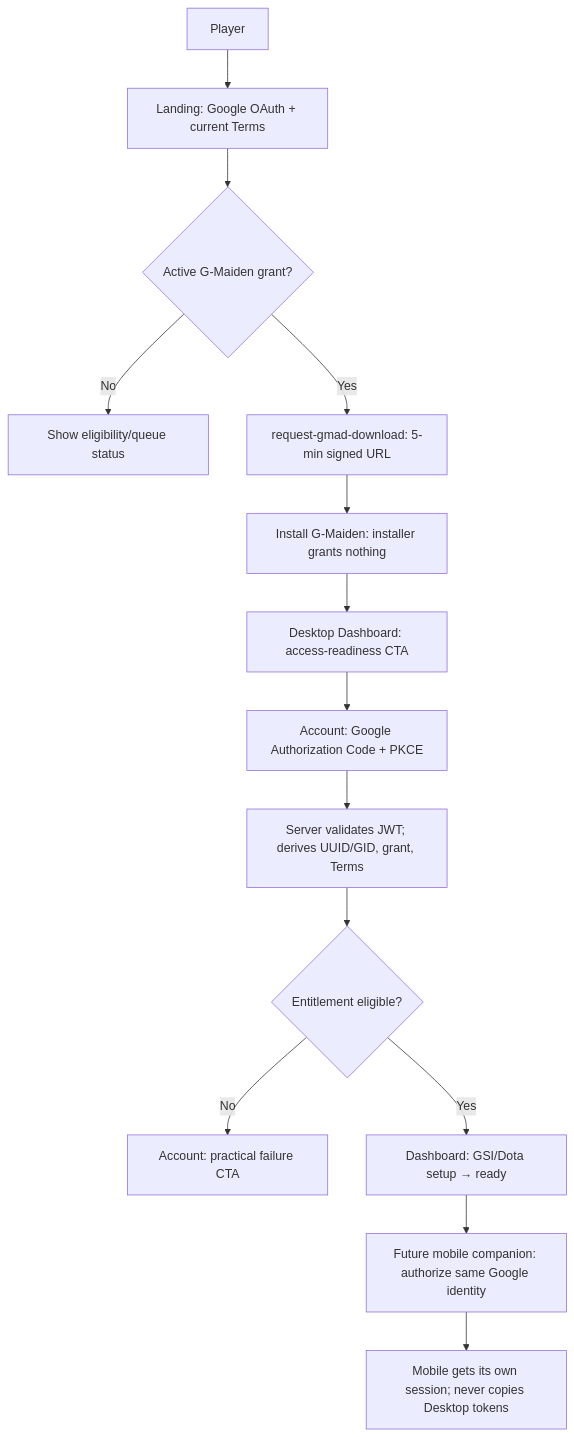
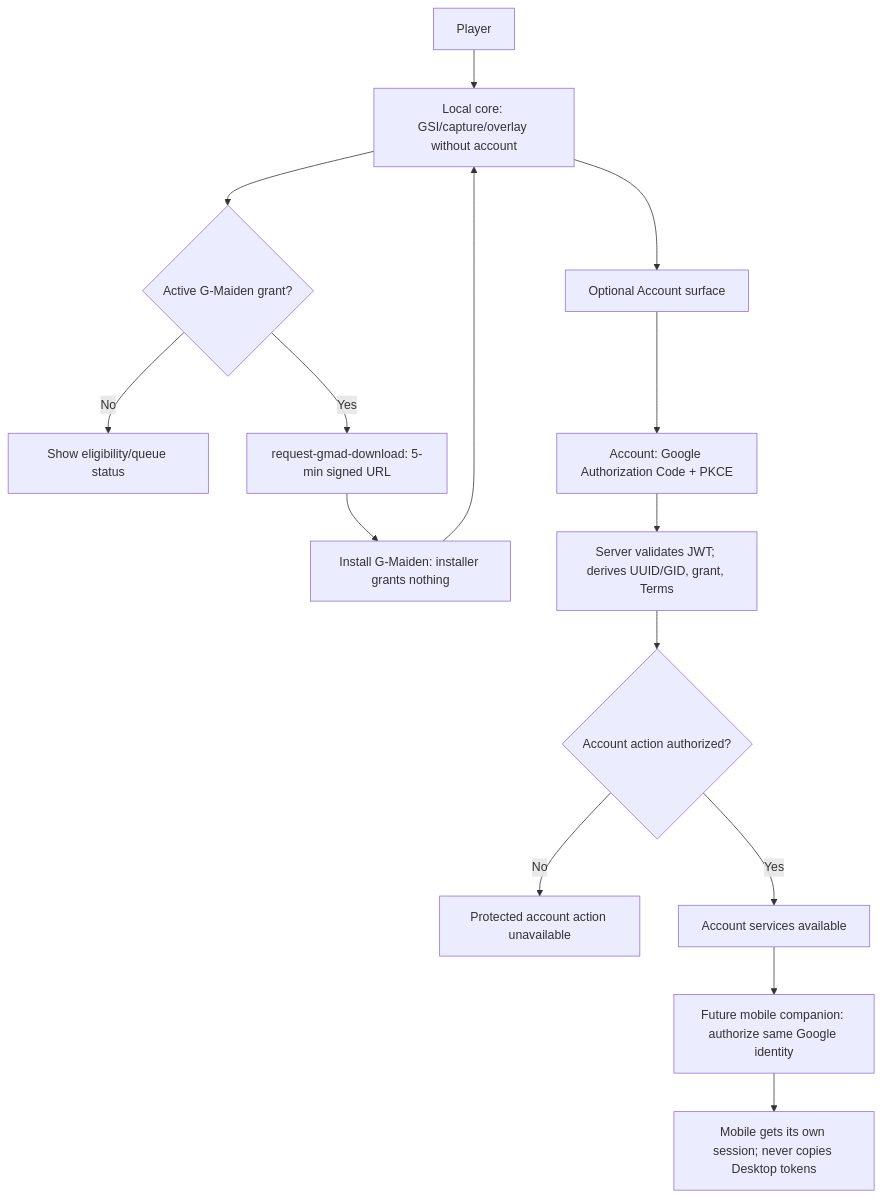
One commit to Freshair129/G-Maiden changed the first of 4 diagrams in docs/architecture/oauth-jwt-client-authorization-flows.md. Above: the diagram before and after it, drawn with Mermaid. The commit also changed other lines of this file and 44 other files, not shown here.

````diff
--- a/docs/architecture/oauth-jwt-client-authorization-flows.md
+++ b/docs/architecture/oauth-jwt-client-authorization-flows.md
@@ -60,16 +60,17 @@
 ```mermaid
 flowchart TD
   U["Player"] --> L["Landing: Google OAuth + current Terms"]
   L --> E{"Active G-Maiden grant?"}
   E -- "No" --> Q["Show eligibility/queue status"]
   E -- "Yes" --> D["request-gmad-download: 5-min signed URL"]
   D --> I["Install G-Maiden: installer grants nothing"]
-  I --> X["Desktop Dashboard: access-readiness CTA"]
+  I --> L["Local core: GSI/capture/overlay without account"]
+  L --> X["Optional Account surface"]
   X --> A["Account: Google Authorization Code + PKCE"]
   A --> V["Server validates JWT; derives UUID/GID, grant, Terms"]
-  V --> R{"Entitlement eligible?"}
-  R -- "No" --> F["Account: practical failure CTA"]
-  R -- "Yes" --> S["Dashboard: GSI/Dota setup → ready"]
+  V --> R{"Account action authorized?"}
+  R -- "No" --> F["Protected account action unavailable"]
+  R -- "Yes" --> S["Account services available"]
   S --> M["Future mobile companion: authorize same Google identity"]
   M --> P["Mobile gets its own session; never copies Desktop tokens"]
 ```
````
